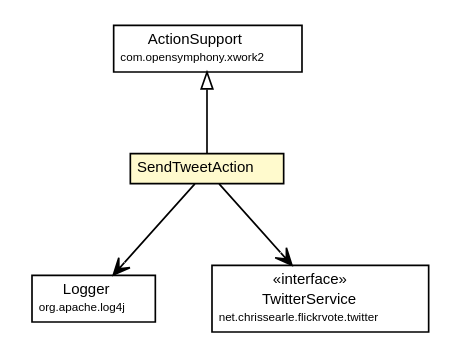
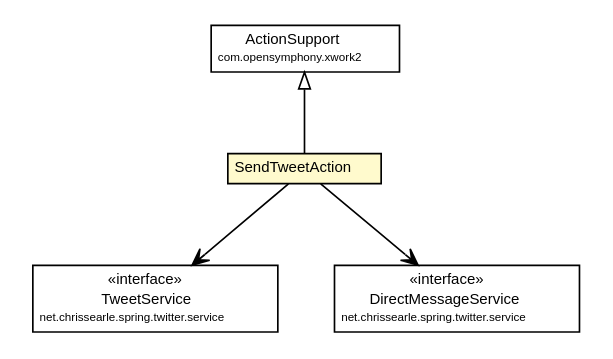
One commit to chrissearle/twphch changed the diagram in flickrvote-web/apidocs/net/chrissearle/flickrvote/web/admin/SendTweetAction.dot. Above: the diagram before and after it, drawn with Graphviz. The commit also changed 2453 other files, not shown here.

```diff
--- a/flickrvote-web/apidocs/net/chrissearle/flickrvote/web/admin/SendTweetAction.dot
+++ b/flickrvote-web/apidocs/net/chrissearle/flickrvote/web/admin/SendTweetAction.dot
@@ -1,44 +1,45 @@
 #!/usr/local/bin/dot
 #
 # Class diagram 
 # Generated by UmlGraph version 4.6 (http://www.spinellis.gr/sw/umlgraph)
 #
 
 digraph G {
 	edge [fontname="Helvetica",fontsize=10,labelfontname="Helvetica",labelfontsize=10];
 	node [fontname="Helvetica",fontsize=10,shape=plaintext];
 	// net.chrissearle.flickrvote.web.admin.SendTweetAction
-	c933 [label=<<table border="0" cellborder="1" cellspacing="0" cellpadding="2" port="p" bgcolor="lemonChiffon" href="./SendTweetAction.html">
+	c1309 [label=<<table border="0" cellborder="1" cellspacing="0" cellpadding="2" port="p" bgcolor="lemonChiffon" href="./SendTweetAction.html">
 		<tr><td><table border="0" cellspacing="0" cellpadding="1">
 			<tr><td> SendTweetAction </td></tr>
 		</table></td></tr>
 		</table>>, fontname="Helvetica", fontcolor="black", fontsize=9.0];
 	//net.chrissearle.flickrvote.web.admin.SendTweetAction extends com.opensymphony.xwork2.ActionSupport
-	c978:p -> c933:p [dir=back,arrowtail=empty];
-	// net.chrissearle.flickrvote.web.admin.SendTweetAction NAVASSOC org.apache.log4j.Logger
-	c933:p -> c983:p [taillabel="", label="", headlabel="", fontname="Helvetica", fontcolor="black", fontsize=10.0, color="black", arrowhead=open];
-	// net.chrissearle.flickrvote.web.admin.SendTweetAction NAVASSOC net.chrissearle.flickrvote.twitter.TwitterService
-	c933:p -> c984:p [taillabel="", label="", headlabel="", fontname="Helvetica", fontcolor="black", fontsize=10.0, color="black", arrowhead=open];
-	// net.chrissearle.flickrvote.twitter.TwitterService
-	c984 [label=<<table border="0" cellborder="1" cellspacing="0" cellpadding="2" port="p">
-		<tr><td><table border="0" cellspacing="0" cellpadding="1">
-			<tr><td> &laquo;interface&raquo; </td></tr>
-			<tr><td> TwitterService </td></tr>
-			<tr><td><font point-size="7.0"> net.chrissearle.flickrvote.twitter </font></td></tr>
-		</table></td></tr>
-		</table>>, fontname="Helvetica", fontcolor="black", fontsize=9.0];
-	// org.apache.log4j.Logger
-	c983 [label=<<table border="0" cellborder="1" cellspacing="0" cellpadding="2" port="p">
-		<tr><td><table border="0" cellspacing="0" cellpadding="1">
-			<tr><td> Logger </td></tr>
-			<tr><td><font point-size="7.0"> org.apache.log4j </font></td></tr>
-		</table></td></tr>
-		</table>>, fontname="Helvetica", fontcolor="black", fontsize=9.0];
+	c1361:p -> c1309:p [dir=back,arrowtail=empty];
+	// net.chrissearle.flickrvote.web.admin.SendTweetAction NAVASSOC net.chrissearle.spring.twitter.service.TweetService
+	c1309:p -> c1362:p [taillabel="", label="", headlabel="", fontname="Helvetica", fontcolor="black", fontsize=10.0, color="black", arrowhead=open];
+	// net.chrissearle.flickrvote.web.admin.SendTweetAction NAVASSOC net.chrissearle.spring.twitter.service.DirectMessageService
+	c1309:p -> c1363:p [taillabel="", label="", headlabel="", fontname="Helvetica", fontcolor="black", fontsize=10.0, color="black", arrowhead=open];
 	// com.opensymphony.xwork2.ActionSupport
-	c978 [label=<<table border="0" cellborder="1" cellspacing="0" cellpadding="2" port="p">
+	c1361 [label=<<table border="0" cellborder="1" cellspacing="0" cellpadding="2" port="p">
 		<tr><td><table border="0" cellspacing="0" cellpadding="1">
 			<tr><td> ActionSupport </td></tr>
 			<tr><td><font point-size="7.0"> com.opensymphony.xwork2 </font></td></tr>
 		</table></td></tr>
 		</table>>, fontname="Helvetica", fontcolor="black", fontsize=9.0];
+	// net.chrissearle.spring.twitter.service.DirectMessageService
+	c1363 [label=<<table border="0" cellborder="1" cellspacing="0" cellpadding="2" port="p">
+		<tr><td><table border="0" cellspacing="0" cellpadding="1">
+			<tr><td> &laquo;interface&raquo; </td></tr>
+			<tr><td> DirectMessageService </td></tr>
+			<tr><td><font point-size="7.0"> net.chrissearle.spring.twitter.service </font></td></tr>
+		</table></td></tr>
+		</table>>, fontname="Helvetica", fontcolor="black", fontsize=9.0];
+	// net.chrissearle.spring.twitter.service.TweetService
+	c1362 [label=<<table border="0" cellborder="1" cellspacing="0" cellpadding="2" port="p">
+		<tr><td><table border="0" cellspacing="0" cellpadding="1">
+			<tr><td> &laquo;interface&raquo; </td></tr>
+			<tr><td> TweetService </td></tr>
+			<tr><td><font point-size="7.0"> net.chrissearle.spring.twitter.service </font></td></tr>
+		</table></td></tr>
+		</table>>, fontname="Helvetica", fontcolor="black", fontsize=9.0];
 }
```
